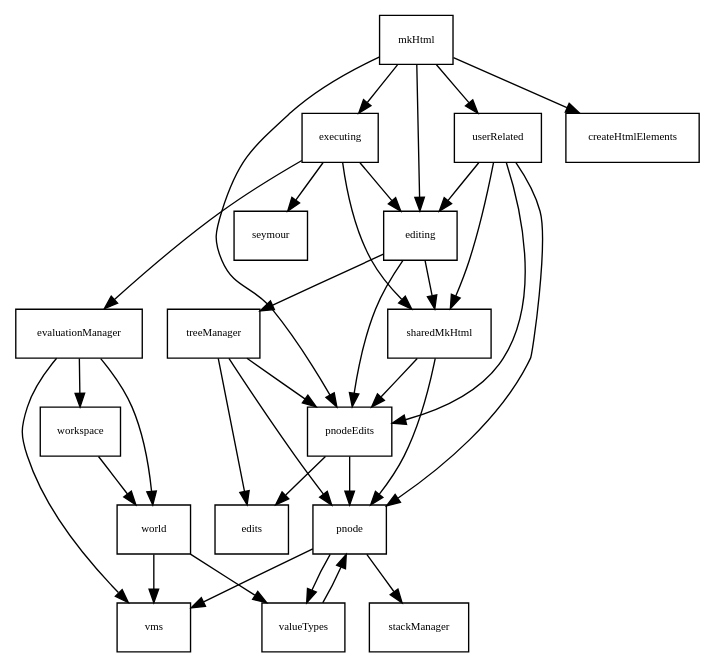
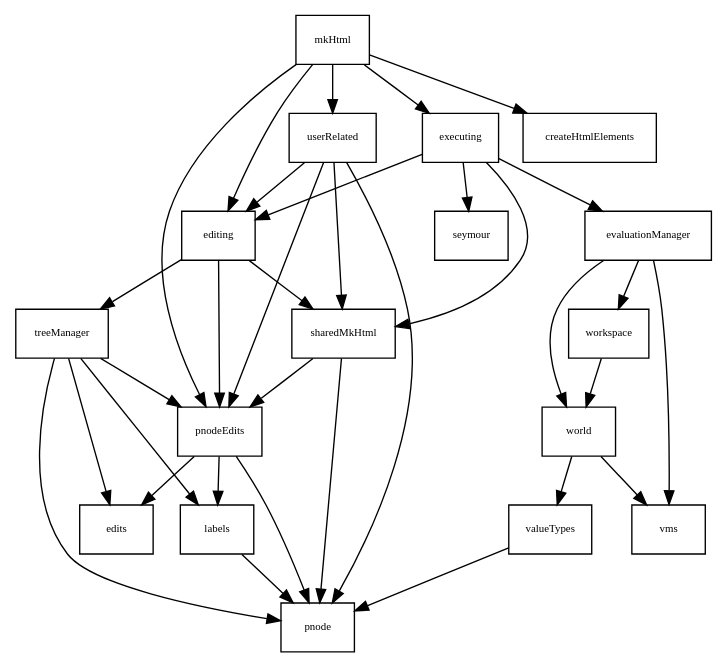
The diagram in typescriptSrc/dependence-js.gv (theodore-norvell/PLAAY), drawn with Graphviz before and after one commit. The commit also changed 16 other files, not shown here.

Commit message:
Split `pnode` module into `pnode` and `labels` modules. Removed all dependence on run-time data structures from `pnode` and `labels`. Created `interpreter` module to contain code for stepping and selecting.

```diff
--- a/typescriptSrc/dependence-js.gv
+++ b/typescriptSrc/dependence-js.gv
@@ -1,70 +1,71 @@
 digraph Depends {
 
    gsize="8,6"; ratio=fill;
    node[fontsize=8, shape=rectangle];
 
    //edits -> assert ;
    //edits -> collections ;
    
    editing -> sharedMkHtml ;
    editing -> pnodeEdits ;
    editing -> treeManager ;
 
    evaluationManager -> vms ;
    evaluationManager -> workspace ;
    evaluationManager -> world ;
 
    executing -> sharedMkHtml ;
    executing -> editing ;
    executing -> evaluationManager ;
    executing -> seymour ;
 
    //mkHtml -> assert ;
    //mkHtml -> collections ;
 
+   labels -> pnode
+
    mkHtml -> createHtmlElements ;
    mkHtml -> editing ;
    mkHtml -> executing ;
    mkHtml -> pnodeEdits ;
    mkHtml -> userRelated ;
 
    //pnode -> assert ;
    //pnode -> collections ;
-   pnode -> stackManager ;
-   pnode -> valueTypes ;
-   pnode -> vms ;
 
    //pnodeEdits -> assert ;
    //pnodeEdits -> collections ;
    pnodeEdits -> edits ;
+   pnodeEdits -> labels ;
    pnodeEdits -> pnode ;
 
    sharedMkHtml -> pnode ;
    sharedMkHtml -> pnodeEdits ;
 
    //treeManager -> asssert ;
    //treeManager -> collections ;
    treeManager -> edits ;
+   treeManager -> labels ;
    treeManager -> pnode ;
    treeManager -> pnodeEdits ;
 
    userRelated -> editing ;
    userRelated -> pnodeEdits ;
    userRelated -> pnode ;
    userRelated -> sharedMkHtml ;
    //turtleTest -> seymour ;
 
    //valueTypes -> assert ;
    //valueTypes -> collections ;
    valueTypes -> pnode ;
 
    //vms -> assert ;
    //vms -> collections ;
 
    workspace -> world ;
 
    //world -> assert ;
    //world -> collections ;
    world -> valueTypes ;
    world -> vms ;
 }
```
